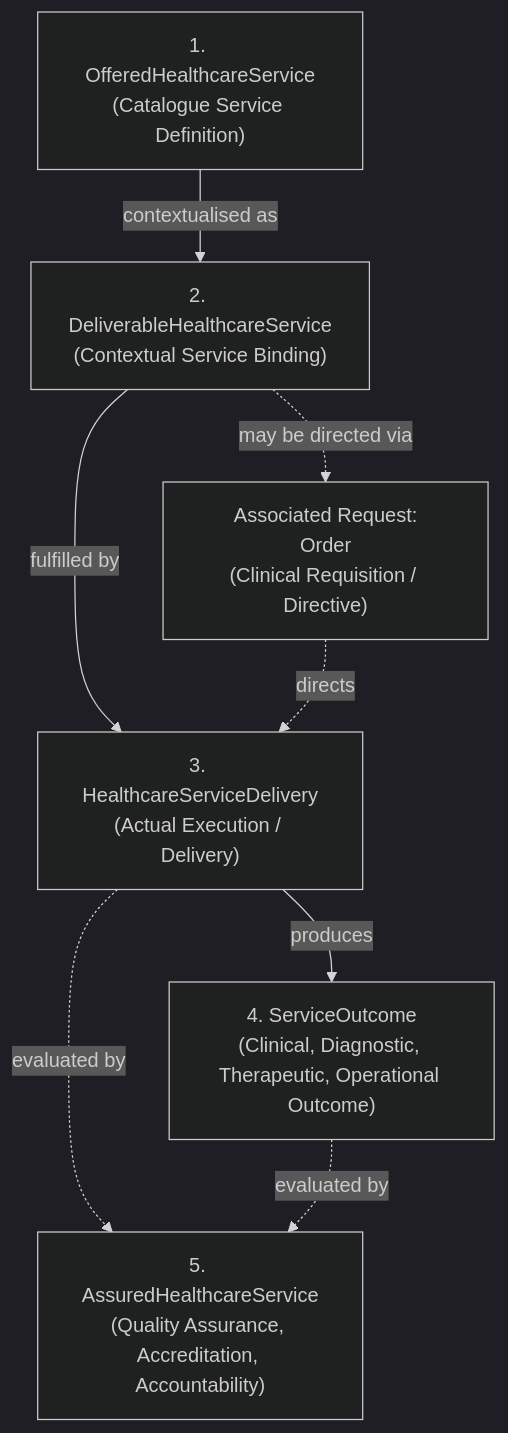
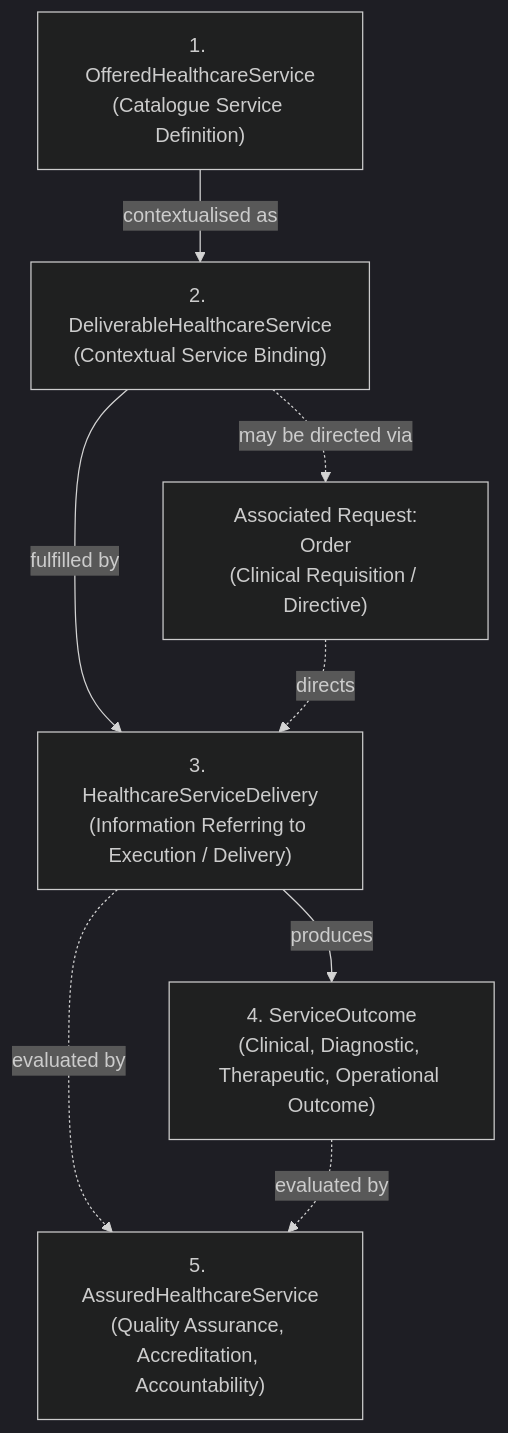
Before and after one commit to fhirfactory/harmonia: the first of 3 diagrams in docs/markdown/04-information-architecture/information-families/healthcare-service.md, drawn with Mermaid (dark theme). The commit also changed other lines of this file and 34 other files, not shown here.

Commit message:
Harmonia Documentation - Domain 04 - Package2 - G1 - Architectural Reconciliation and Closure

````diff
--- a/docs/markdown/04-information-architecture/information-families/healthcare-service.md
+++ b/docs/markdown/04-information-architecture/information-families/healthcare-service.md
@@ -9,17 +11,17 @@
 ```mermaid
 graph TD
     OFFERED["1. OfferedHealthcareService<br/>(Catalogue Service Definition)"]
     DELIV["2. DeliverableHealthcareService<br/>(Contextual Service Binding)"]
     ORDER["Associated Request:<br/>Order<br/>(Clinical Requisition / Directive)"]
-    DELIVERY["3. HealthcareServiceDelivery<br/>(Actual Execution / Delivery)"]
+    DELIVERY["3. HealthcareServiceDelivery<br/>(Information Referring to Execution / Delivery)"]
     OUTCOME["4. ServiceOutcome<br/>(Clinical, Diagnostic, Therapeutic, Operational Outcome)"]
     ASSURED["5. AssuredHealthcareService<br/>(Quality Assurance, Accreditation, Accountability)"]
 
     OFFERED -->|"contextualised as"| DELIV
     DELIV -->|"fulfilled by"| DELIVERY
     DELIV -.->|"may be directed via"| ORDER
     ORDER -.->|"directs"| DELIVERY
     DELIVERY -->|"produces"| OUTCOME
     DELIVERY -.->|"evaluated by"| ASSURED
     OUTCOME -.->|"evaluated by"| ASSURED
 ```
````
